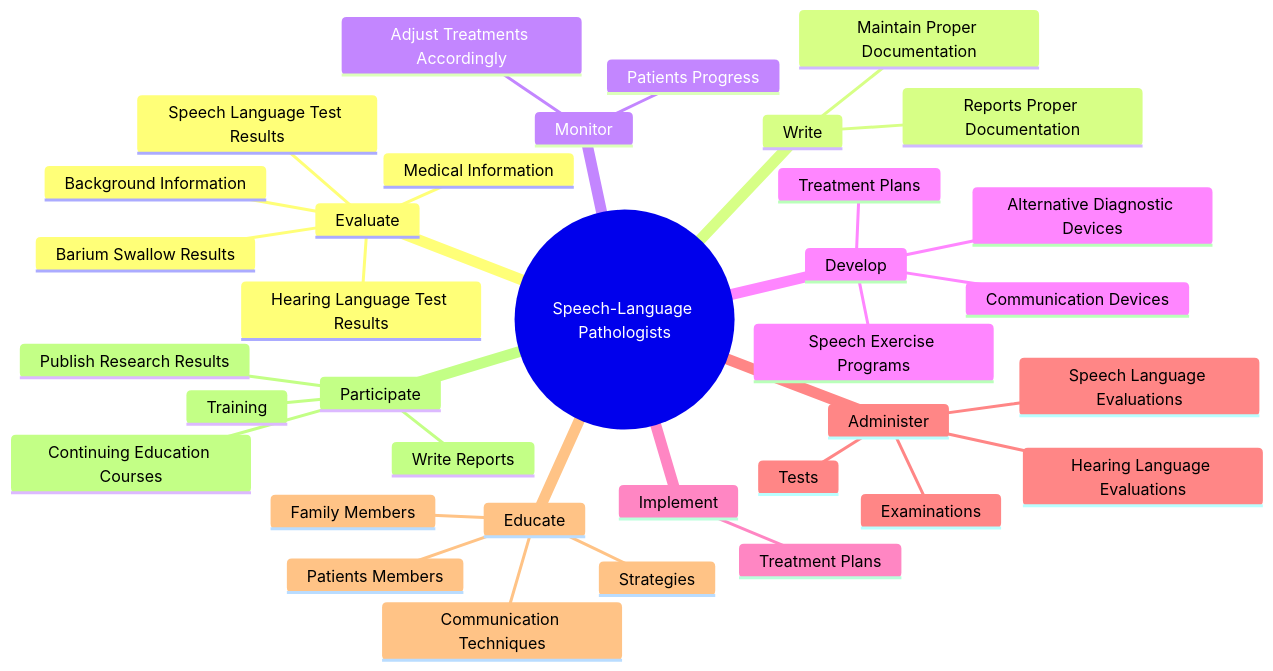
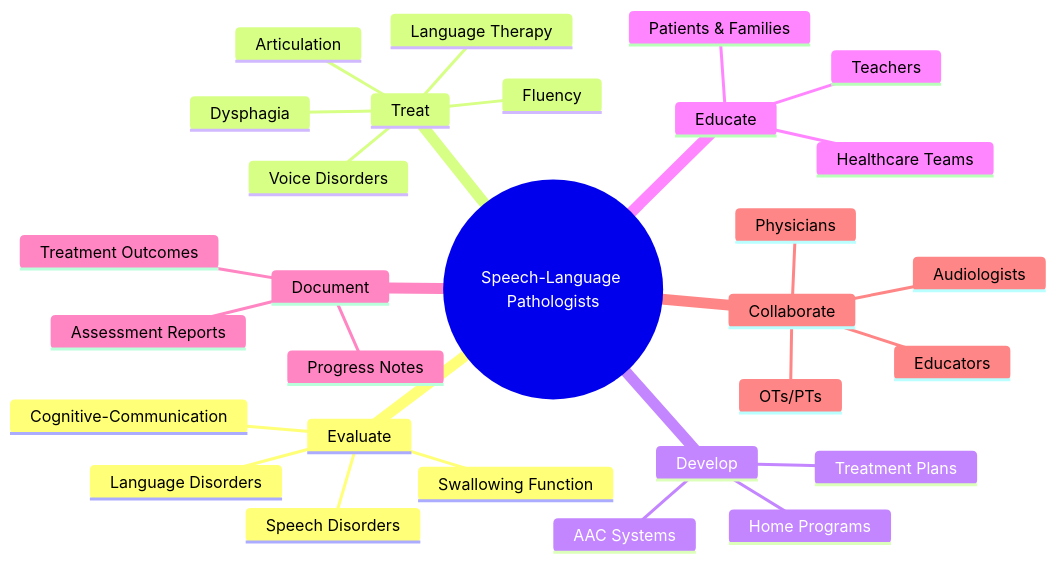
One commit to kziemski/business.org.ai changed the second of 4 diagrams in occupations/HealthcarePractitioners/SpeechLanguagePathologists.mdx. Above: the diagram before and after it, drawn with Mermaid. The commit also changed other lines of this file and 938 other files, not shown here.

````diff
--- a/occupations/HealthcarePractitioners/SpeechLanguagePathologists.mdx
+++ b/occupations/HealthcarePractitioners/SpeechLanguagePathologists.mdx
@@ -37,38 +45,32 @@
 ```mermaid
 mindmap
     root(("Speech-Language Pathologists"))
         Evaluate
-            Hearing Language Test Results
-            Speech Language Test Results
-            Barium Swallow Results
-            Medical Information
-            Background Information
-        Write
-            Reports Proper Documentation
-            Maintain Proper Documentation
-        Monitor
-            Patients Progress
-            Adjust Treatments Accordingly
+            Speech Disorders
+            Language Disorders
+            Swallowing Function
+            Cognitive-Communication
+        Treat
+            Articulation
+            Language Therapy
+            Fluency
+            Voice Disorders
+            Dysphagia
         Develop
             Treatment Plans
-            Speech Exercise Programs
-            Alternative Diagnostic Devices
-            Communication Devices
-        Implement
-            Treatment Plans
-        Administer
-            Hearing Language Evaluations
-            Speech Language Evaluations
-            Tests
-            Examinations
+            AAC Systems
+            Home Programs
         Educate
-            Patients Members
-            Family Members
-            Communication Techniques
-            Strategies
-        Participate
-            Write Reports
-            Training
-            Continuing Education Courses
-            Publish Research Results
+            Patients & Families
+            Teachers
+            Healthcare Teams
+        Document
+            Assessment Reports
+            Progress Notes
+            Treatment Outcomes
+        Collaborate
+            Physicians
+            Educators
+            Audiologists
+            OTs/PTs
 ```
````
